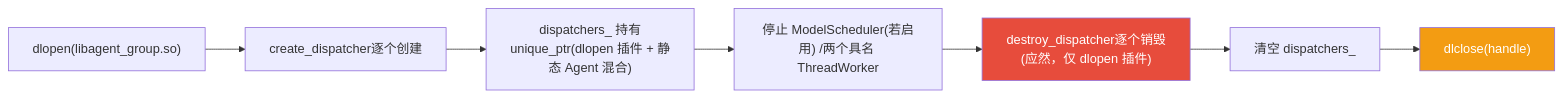
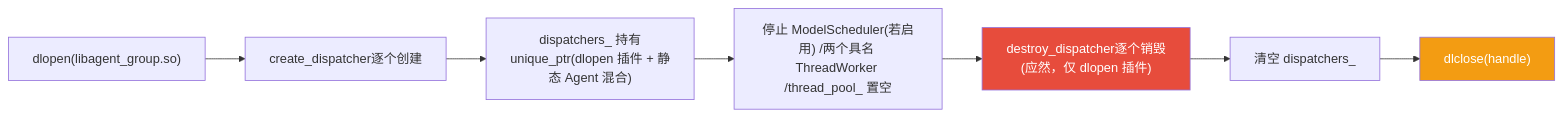
The eighth of 12 diagrams in cockpit/projects/agent-framework/agent-protocols.md (ranpin/edge-ai-docs), drawn with Mermaid before and after one commit. The commit also changed other lines of this file and 12 other files, not shown here.

````diff
--- a/cockpit/projects/agent-framework/agent-protocols.md
+++ b/cockpit/projects/agent-framework/agent-protocols.md
@@ -316,12 +536,12 @@
 ```mermaid
 flowchart LR
     LOAD["dlopen(libagent_group.so)"] --> CREATE["create_dispatcher逐个创建"]
     CREATE --> RUN["dispatchers_ 持有unique_ptr<AgentPlugin>(dlopen 插件 + 静态 Agent 混合)"]
-    RUN --> STOP["停止 ModelScheduler(若启用) /两个具名 ThreadWorker"]
+    RUN --> STOP["停止 ModelScheduler(若启用) /两个具名 ThreadWorker /thread_pool_ 置空"]
     STOP --> DESTROY["destroy_dispatcher逐个销毁(应然，仅 dlopen 插件)"]
     DESTROY --> CLEAR["清空 dispatchers_"]
     CLEAR --> DLCLOSE["dlclose(handle)"]
 
     style DESTROY fill:#e74c3c,color:#fff
     style DLCLOSE fill:#f39c12,color:#fff
 ```
````
